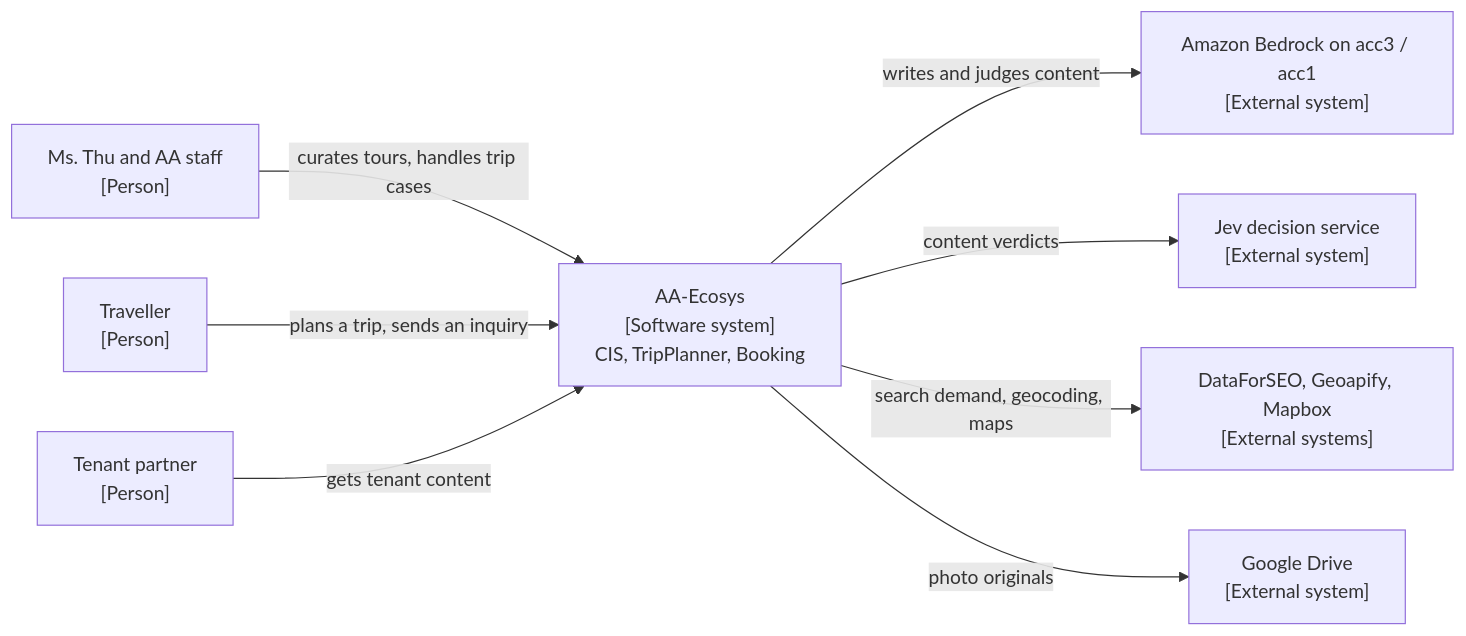
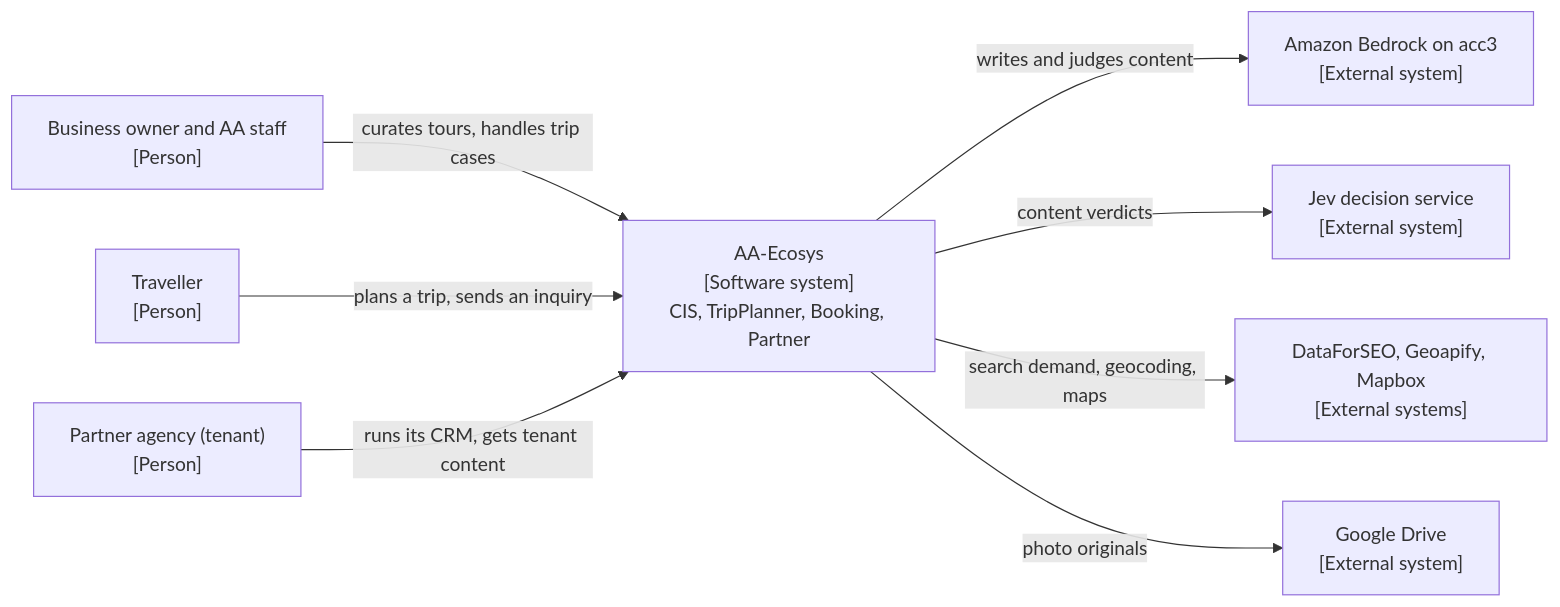
The first of 2 diagrams in docs/guides/cto.md (AdventureAsia365-Ecosys/AA-Ecosys), drawn with Mermaid before and after one commit. The commit also changed other lines of this file and 112 other files, not shown here.

````diff
--- a/docs/guides/cto.md
+++ b/docs/guides/cto.md
@@ -34,18 +35,18 @@
 ```mermaid
 flowchart LR
-  thu["Ms. Thu and AA staff<br/>[Person]"]
+  thu["Business owner and AA staff<br/>[Person]"]
   traveller["Traveller<br/>[Person]"]
-  partner["Tenant partner<br/>[Person]"]
-  eco["AA-Ecosys<br/>[Software system]<br/>CIS, TripPlanner, Booking"]
-  bedrock["Amazon Bedrock on acc3 / acc1<br/>[External system]"]
+  partner["Partner agency (tenant)<br/>[Person]"]
+  eco["AA-Ecosys<br/>[Software system]<br/>CIS, TripPlanner, Booking, Partner"]
+  bedrock["Amazon Bedrock on acc3<br/>[External system]"]
   jev["Jev decision service<br/>[External system]"]
   dfs["DataForSEO, Geoapify, Mapbox<br/>[External systems]"]
   drive["Google Drive<br/>[External system]"]
   thu -->|"curates tours, handles trip cases"| eco
   traveller -->|"plans a trip, sends an inquiry"| eco
-  partner -->|"gets tenant content"| eco
+  partner -->|"runs its CRM, gets tenant content"| eco
   eco -->|"writes and judges content"| bedrock
   eco -->|"content verdicts"| jev
   eco -->|"search demand, geocoding, maps"| dfs
   eco -->|"photo originals"| drive
 ```
````
